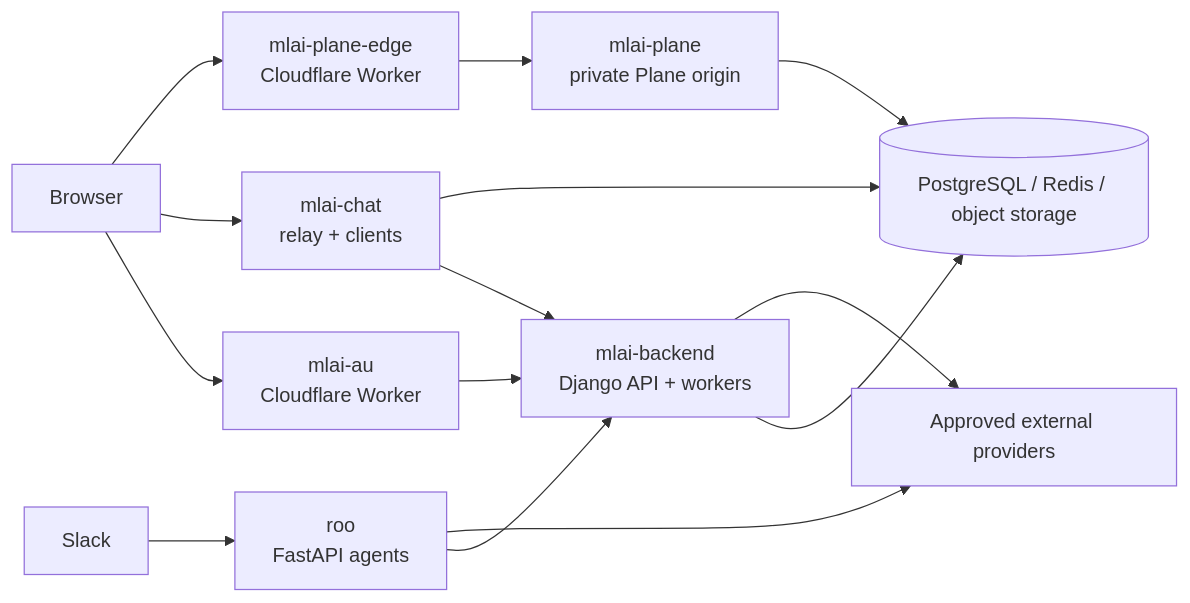
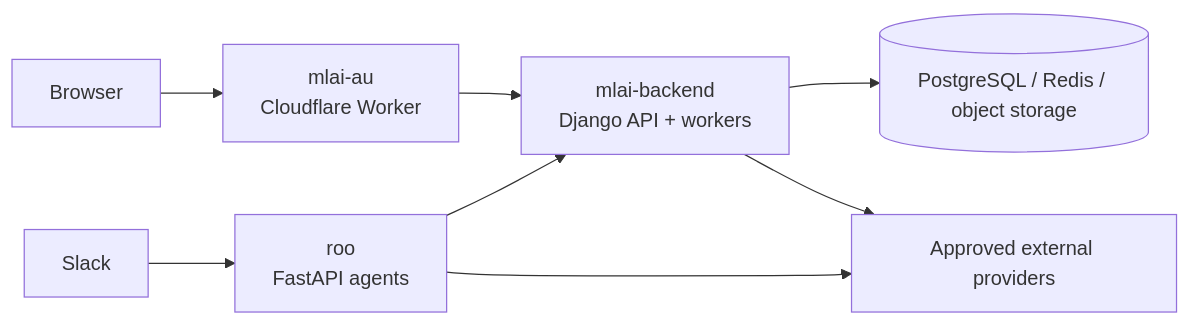
One commit to MLAI-AUS-Inc/mlai-engineering-start-here changed the diagram in ARCHITECTURE.md. Above: the diagram before and after it, drawn with Mermaid. The commit also changed other lines of this file and 7 other files, not shown here.

````diff
--- a/ARCHITECTURE.md
+++ b/ARCHITECTURE.md
@@ -17,27 +16,18 @@
 ```mermaid
 flowchart LR
     Browser[Browser]
     Slack[Slack]
     AU[mlai-au\nCloudflare Worker]
     API[mlai-backend\nDjango API + workers]
     Roo[roo\nFastAPI agents]
-    Chat[mlai-chat\nrelay + clients]
-    Edge[mlai-plane-edge\nCloudflare Worker]
-    Plane[mlai-plane\nprivate Plane origin]
     Data[(PostgreSQL / Redis / object storage)]
     Providers[Approved external providers]
 
     Browser --> AU
-    Browser --> Chat
-    Browser --> Edge
     Slack --> Roo
     AU --> API
-    Chat --> API
     Roo --> API
-    Edge --> Plane
     API --> Data
-    Chat --> Data
-    Plane --> Data
     API --> Providers
     Roo --> Providers
 ```
````
